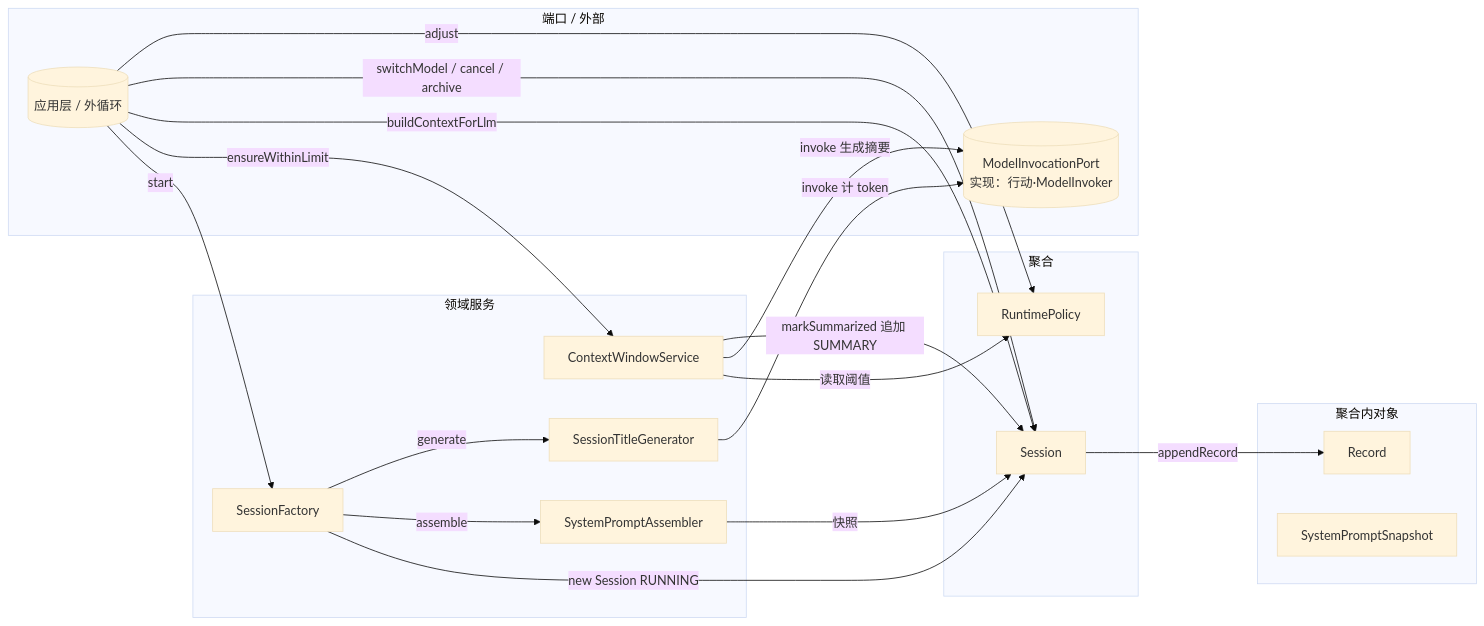
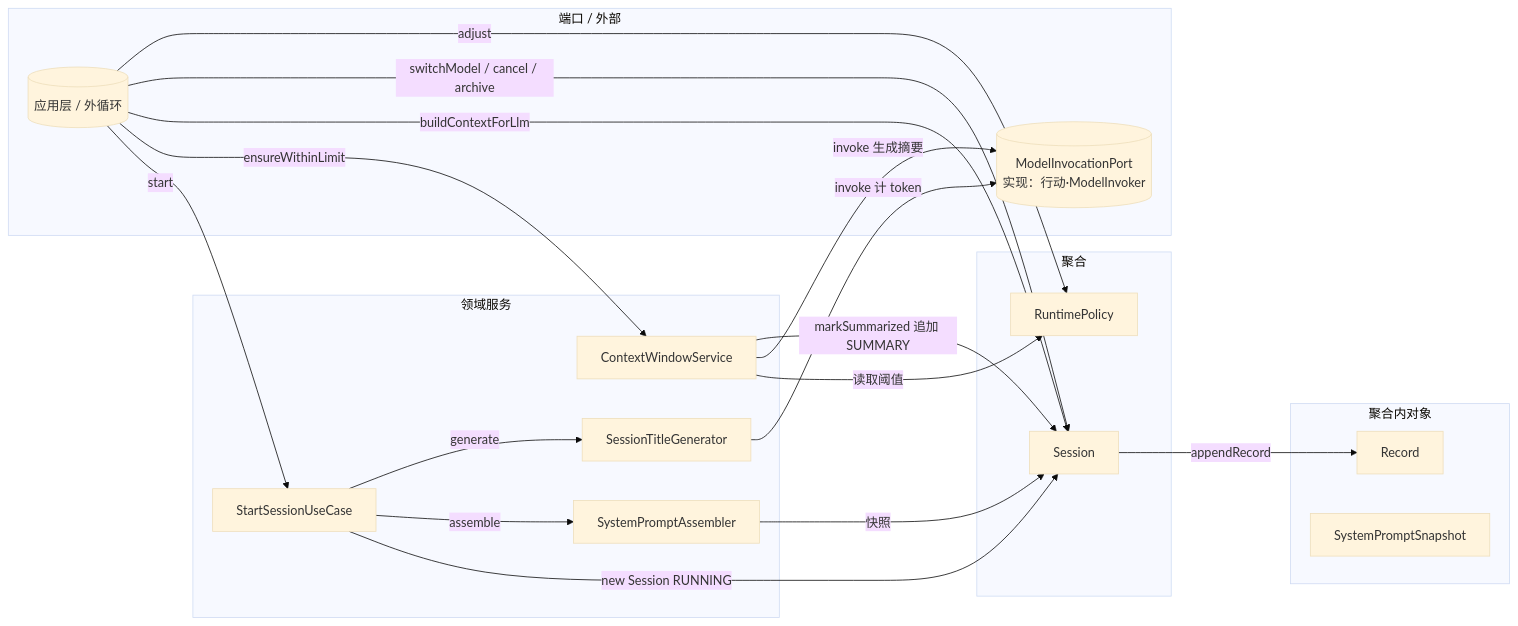
The second of 6 diagrams in model/模块-感知.md (zcd0831/Jellyfish-Docs), drawn with Mermaid (base theme) before and after one commit. The commit also changed other lines of this file and 9 other files, not shown here.

````diff
--- a/model/模块-感知.md
+++ b/model/模块-感知.md
@@ -213,41 +214,41 @@
 ```mermaid
 flowchart LR
     subgraph 领域服务
-        SF[SessionFactory]
+        SF[StartSessionUseCase]
         TG[SessionTitleGenerator]
         SA[SystemPromptAssembler]
         CW[ContextWindowService]
     end
 
     subgraph 聚合
         S[Session]
         RP[RuntimePolicy]
     end
 
     subgraph 聚合内对象
         R[Record]
         SNAP[SystemPromptSnapshot]
     end
 
     subgraph 端口 / 外部
         PORT[(ModelInvocationPort<br/>实现：行动·ModelInvoker)]
         APP[(应用层 / 外循环)]
     end
 
     APP -->|start| SF
     SF -->|new Session RUNNING| S
     SF -->|assemble| SA
     SA -->|快照| S
     SF -->|generate| TG
     TG -->|invoke 计 token| PORT
 
     APP -->|ensureWithinLimit| CW
     CW -->|读取阈值| RP
     CW -->|invoke 生成摘要| PORT
     CW -->|markSummarized 追加 SUMMARY| S
 
     S -->|appendRecord| R
     APP -->|buildContextForLlm| S
     APP -->|switchModel / cancel / archive| S
     APP -->|adjust| RP
 ```
````
